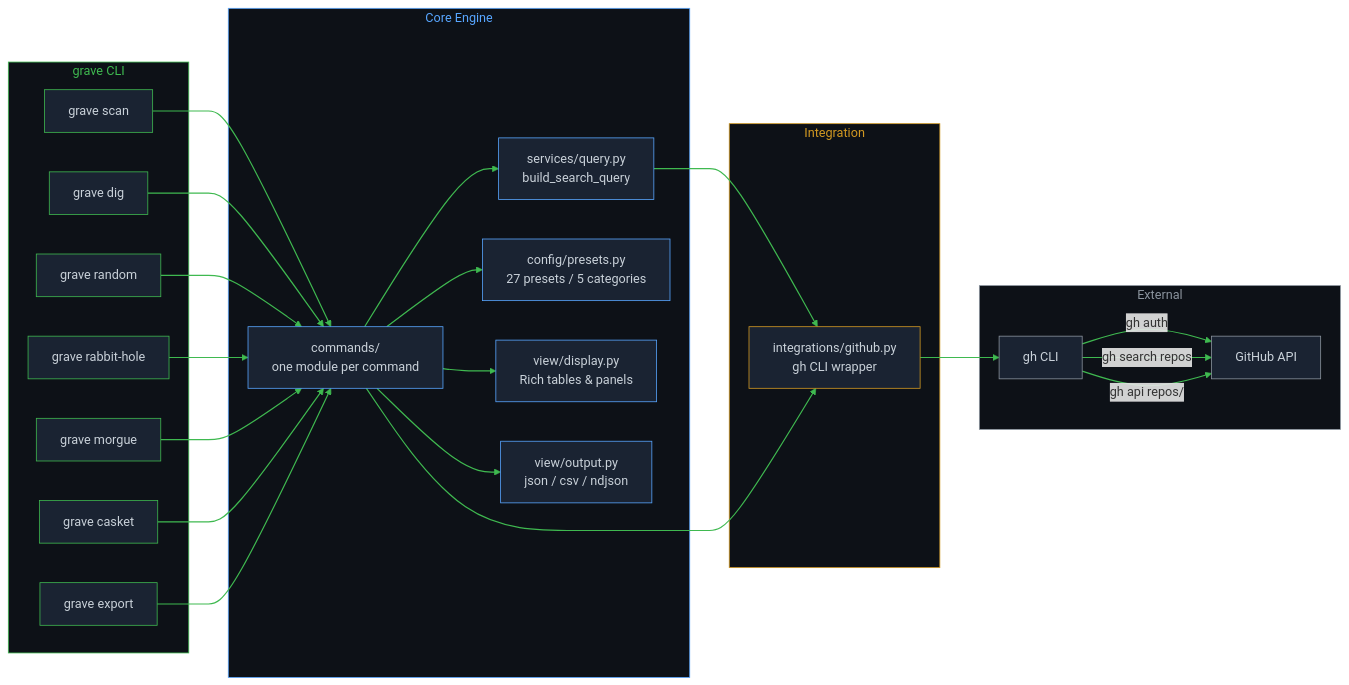
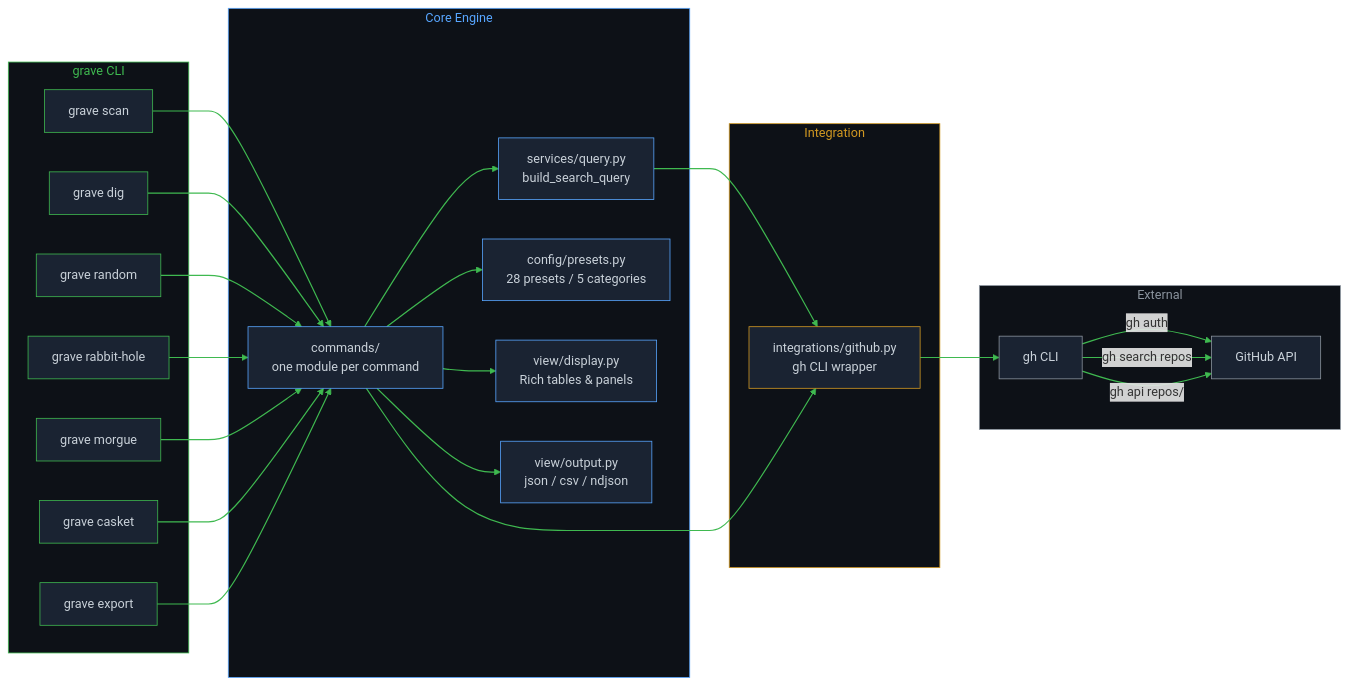
One commit to ul0gic/grave changed the first of 2 diagrams in README.md. Above: the diagram before and after it, drawn with Mermaid. The commit also changed other lines of this file and 2 other files, not shown here.

````diff
--- a/README.md
+++ b/README.md
@@ -185,75 +186,75 @@
 ```mermaid
 graph LR
     subgraph CLI["grave CLI"]
         SCAN[grave scan]
         DIG[grave dig]
         RANDOM[grave random]
         RABBIT[grave rabbit-hole]
         MORGUE[grave morgue]
         CASKET[grave casket]
         EXPORT[grave export]
     end
 
     subgraph Engine["Core Engine"]
         COMMANDS[commands/<br/>one module per command]
         SERVICES[services/query.py<br/>build_search_query]
-        PRESETS[config/presets.py<br/>27 presets / 5 categories]
+        PRESETS[config/presets.py<br/>28 presets / 5 categories]
         DISPLAY[view/display.py<br/>Rich tables & panels]
         OUTPUT[view/output.py<br/>json / csv / ndjson]
     end
 
     subgraph Integration["Integration"]
         GITHUB[integrations/github.py<br/>gh CLI wrapper]
     end
 
     subgraph External["External"]
         GH[gh CLI]
         GHAPI[GitHub API]
     end
 
     SCAN --> COMMANDS
     DIG --> COMMANDS
     RANDOM --> COMMANDS
     RABBIT --> COMMANDS
     MORGUE --> COMMANDS
     CASKET --> COMMANDS
     EXPORT --> COMMANDS
 
     COMMANDS --> SERVICES
     COMMANDS --> PRESETS
     COMMANDS --> DISPLAY
     COMMANDS --> OUTPUT
     SERVICES --> GITHUB
     COMMANDS --> GITHUB
 
     GITHUB --> GH
     GH -->|gh auth| GHAPI
     GH -->|gh search repos| GHAPI
     GH -->|gh api repos/| GHAPI
 
     style CLI fill:#0d1117,stroke:#3fb950,color:#3fb950
     style Engine fill:#0d1117,stroke:#58a6ff,color:#58a6ff
     style Integration fill:#0d1117,stroke:#d29922,color:#d29922
     style External fill:#0d1117,stroke:#8b949e,color:#8b949e
 
     style SCAN fill:#1a2332,stroke:#3fb950,color:#c9d1d9
     style DIG fill:#1a2332,stroke:#3fb950,color:#c9d1d9
     style RANDOM fill:#1a2332,stroke:#3fb950,color:#c9d1d9
     style RABBIT fill:#1a2332,stroke:#3fb950,color:#c9d1d9
     style MORGUE fill:#1a2332,stroke:#3fb950,color:#c9d1d9
     style CASKET fill:#1a2332,stroke:#3fb950,color:#c9d1d9
     style EXPORT fill:#1a2332,stroke:#3fb950,color:#c9d1d9
 
     style COMMANDS fill:#1a2332,stroke:#58a6ff,color:#c9d1d9
     style SERVICES fill:#1a2332,stroke:#58a6ff,color:#c9d1d9
     style PRESETS fill:#1a2332,stroke:#58a6ff,color:#c9d1d9
     style DISPLAY fill:#1a2332,stroke:#58a6ff,color:#c9d1d9
     style OUTPUT fill:#1a2332,stroke:#58a6ff,color:#c9d1d9
 
     style GITHUB fill:#1a2332,stroke:#d29922,color:#c9d1d9
 
     style GH fill:#1a2332,stroke:#8b949e,color:#c9d1d9
     style GHAPI fill:#1a2332,stroke:#8b949e,color:#c9d1d9
 
     linkStyle default stroke:#3fb950,stroke-width:1.5px
 ```
````
